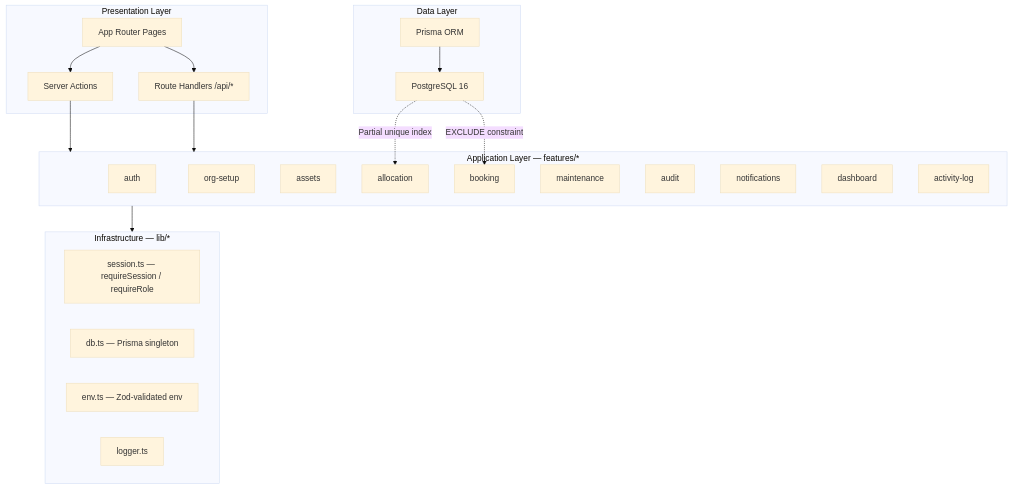
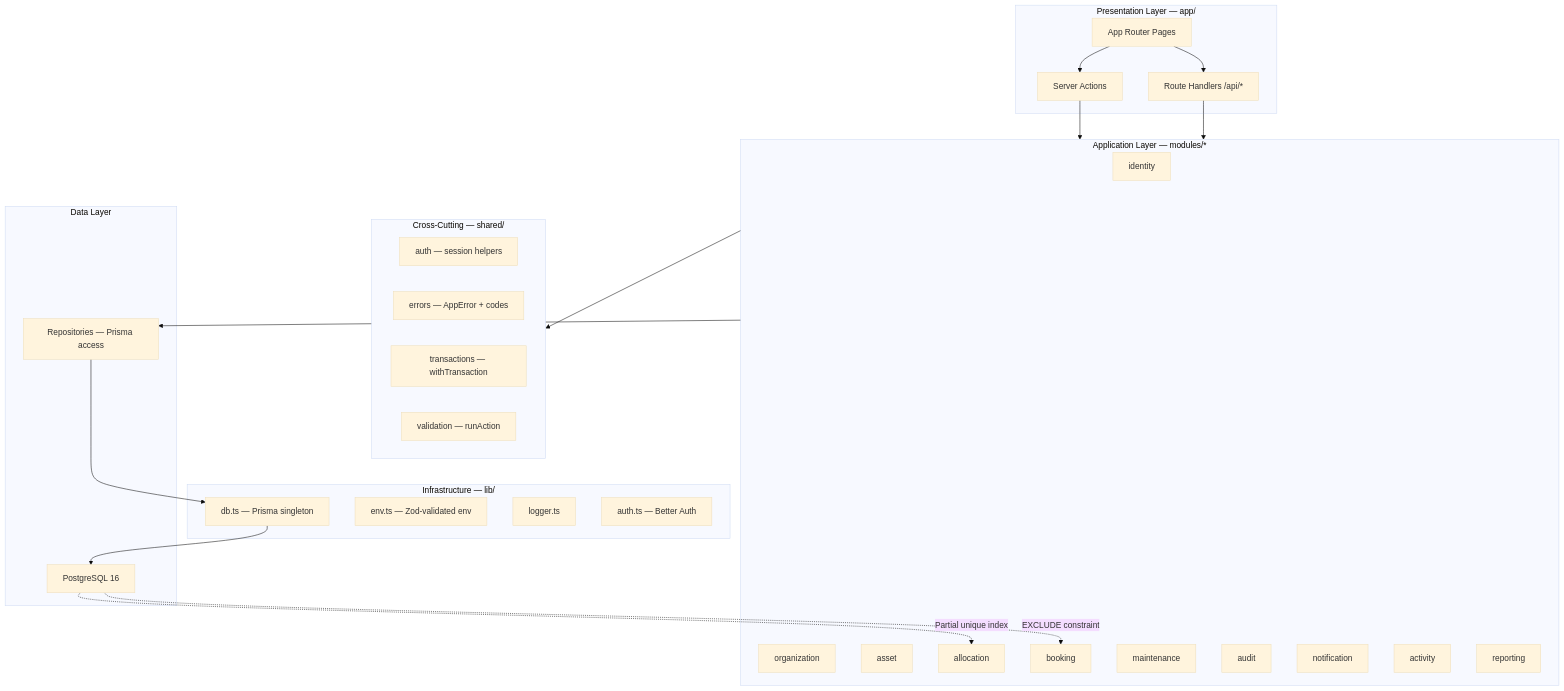
One commit to Shivayaagrawal/assetflow changed the second of 6 diagrams in docs/hld.md. Above: the diagram before and after it, drawn with Mermaid (base theme). The commit also changed other lines of this file and 9 other files, not shown here.

First line of the commit message:
docs(shared): align HLD/LLD with frozen modules architecture

````diff
--- a/docs/hld.md
+++ b/docs/hld.md
@@ -55,43 +55,52 @@
 ```mermaid
 flowchart TB
-  subgraph Presentation["Presentation Layer"]
+  subgraph Presentation["Presentation Layer — app/"]
     Pages["App Router Pages"]
     API["Route Handlers /api/*"]
     Actions["Server Actions"]
   end
 
-  subgraph Application["Application Layer — features/*"]
-    AuthF["auth"]
-    OrgF["org-setup"]
-    AssetsF["assets"]
-    AllocF["allocation"]
-    BookF["booking"]
-    MaintF["maintenance"]
-    AuditF["audit"]
-    NotifF["notifications"]
-    DashF["dashboard"]
-    ActivityF["activity-log"]
+  subgraph Modules["Application Layer — modules/*"]
+    Identity["identity"]
+    Org["organization"]
+    Asset["asset"]
+    Alloc["allocation"]
+    Book["booking"]
+    Maint["maintenance"]
+    Audit["audit"]
+    Notif["notification"]
+    Activity["activity"]
+    Report["reporting"]
   end
 
-  subgraph Infrastructure["Infrastructure — lib/*"]
-    Session["session.ts — requireSession / requireRole"]
+  subgraph Shared["Cross-Cutting — shared/"]
+    Auth["auth — session helpers"]
+    Errors["errors — AppError + codes"]
+    Tx["transactions — withTransaction"]
+    Validation["validation — runAction"]
+  end
+
+  subgraph Infra["Infrastructure — lib/"]
     DB["db.ts — Prisma singleton"]
     Env["env.ts — Zod-validated env"]
     Logger["logger.ts"]
+    AuthLib["auth.ts — Better Auth"]
   end
 
   subgraph Data["Data Layer"]
-  Prisma["Prisma ORM"]
-  PG["PostgreSQL 16"]
+    Repo["Repositories — Prisma access"]
+    PG["PostgreSQL 16"]
   end
 
   Pages --> Actions
   Pages --> API
-  Actions --> Application
-  API --> Application
-  Application --> Infrastructure
-  Prisma --> PG
+  Actions --> Modules
+  API --> Modules
+  Modules --> Shared
+  Modules --> Repo
+  Repo --> DB
+  DB --> PG
 
-  PG -.->|EXCLUDE constraint| BookF
-  PG -.->|Partial unique index| AllocF
+  PG -.->|EXCLUDE constraint| Book
+  PG -.->|Partial unique index| Alloc
 ```
````
